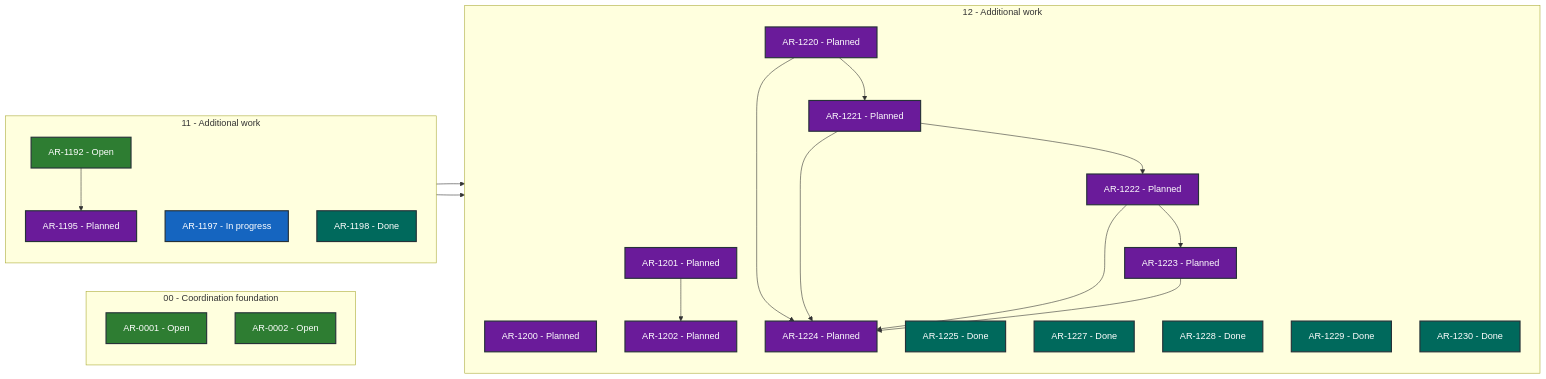
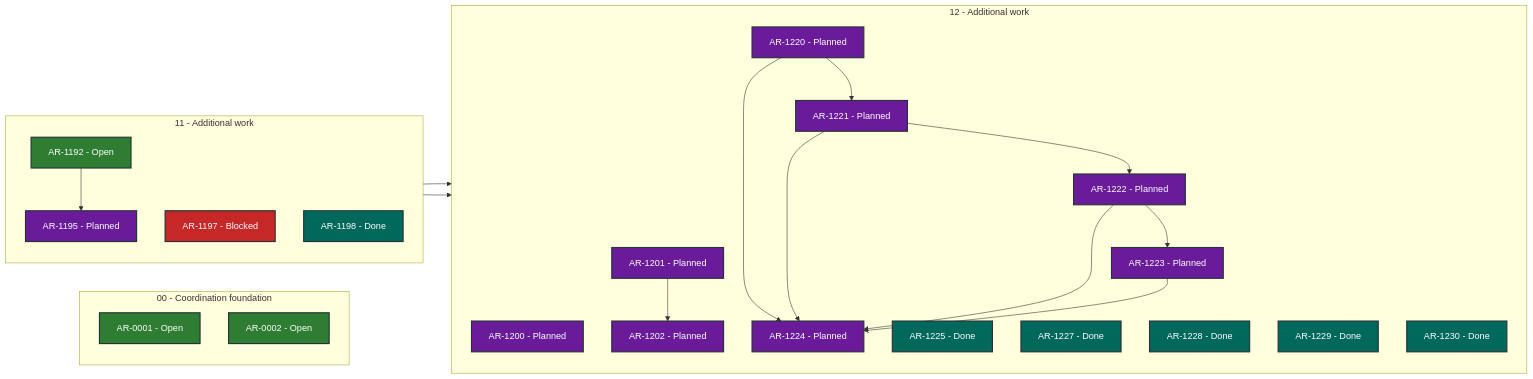
One commit to martin-beck/asb-tui-state changed the diagram in STATUS.md. Above: the diagram before and after it, drawn with Mermaid. The commit also changed other lines of this file and 2 other files, not shown here.

````diff
--- a/STATUS.md
+++ b/STATUS.md
@@ -27,50 +27,50 @@
 ```mermaid
 flowchart LR
     subgraph series_00["00 - Coordination foundation"]
         direction TB
         AR_0001["AR-0001 - Open"]:::status_open
         AR_0002["AR-0002 - Open"]:::status_open
     end
     subgraph series_11["11 - Additional work"]
         direction TB
         AR_1192["AR-1192 - Open"]:::status_open
         AR_1195["AR-1195 - Planned"]:::status_planned
-        AR_1197["AR-1197 - In progress"]:::status_in_progress
+        AR_1197["AR-1197 - Blocked"]:::status_blocked
         AR_1198["AR-1198 - Done"]:::status_done
     end
     subgraph series_12["12 - Additional work"]
         direction TB
         AR_1200["AR-1200 - Planned"]:::status_planned
         AR_1201["AR-1201 - Planned"]:::status_planned
         AR_1202["AR-1202 - Planned"]:::status_planned
         AR_1220["AR-1220 - Planned"]:::status_planned
         AR_1221["AR-1221 - Planned"]:::status_planned
         AR_1222["AR-1222 - Planned"]:::status_planned
         AR_1223["AR-1223 - Planned"]:::status_planned
         AR_1224["AR-1224 - Planned"]:::status_planned
         AR_1225["AR-1225 - Done"]:::status_done
         AR_1227["AR-1227 - Done"]:::status_done
         AR_1228["AR-1228 - Done"]:::status_done
         AR_1229["AR-1229 - Done"]:::status_done
         AR_1230["AR-1230 - Done"]:::status_done
     end
     AR_1192 --> AR_1195
     AR_1195 --> AR_1200
     AR_1197 --> AR_1201
     AR_1201 --> AR_1202
     AR_1220 --> AR_1221
     AR_1220 --> AR_1224
     AR_1221 --> AR_1222
     AR_1221 --> AR_1224
     AR_1222 --> AR_1223
     AR_1222 --> AR_1224
     AR_1223 --> AR_1224
     classDef status_in_progress fill:#1565c0,color:#ffffff,stroke:#263238,stroke-width:2px
     classDef status_open fill:#2e7d32,color:#ffffff,stroke:#263238,stroke-width:2px
     classDef status_blocked fill:#c62828,color:#ffffff,stroke:#263238,stroke-width:2px
     classDef status_planned fill:#6a1b9a,color:#ffffff,stroke:#263238,stroke-width:2px
     classDef status_future fill:#455a64,color:#ffffff,stroke:#263238,stroke-width:2px
     classDef status_done fill:#00695c,color:#ffffff,stroke:#263238,stroke-width:2px
     classDef status_cancelled fill:#616161,color:#ffffff,stroke:#263238,stroke-width:2px
     classDef status_superseded fill:#5d4037,color:#ffffff,stroke:#263238,stroke-width:2px
 ```
````
